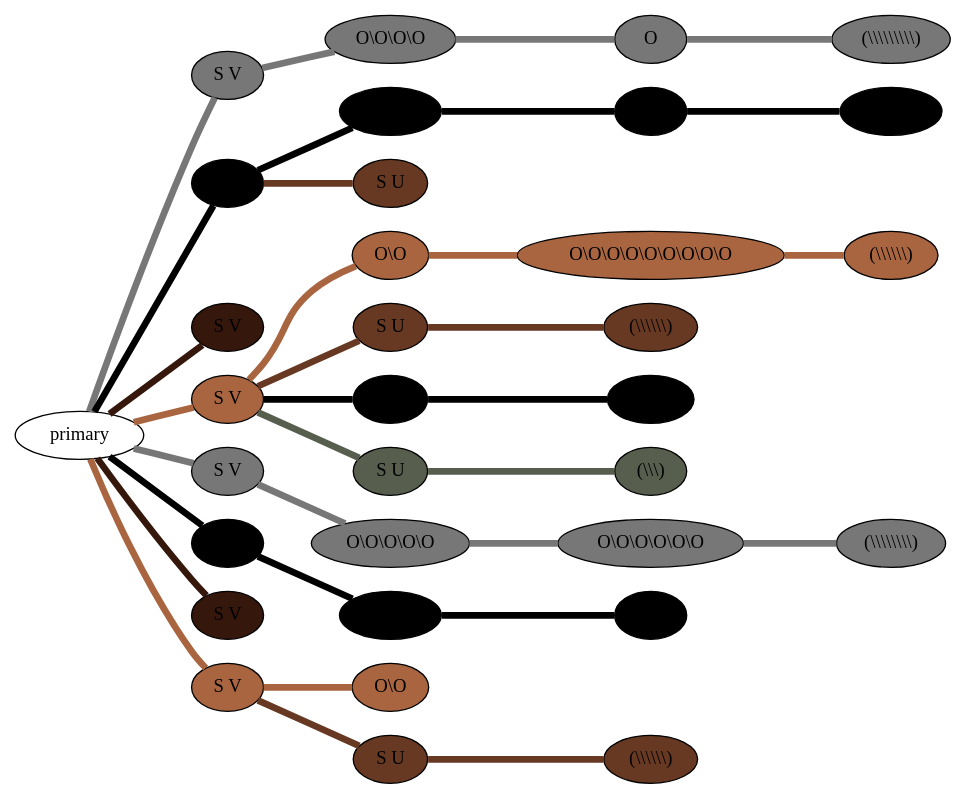
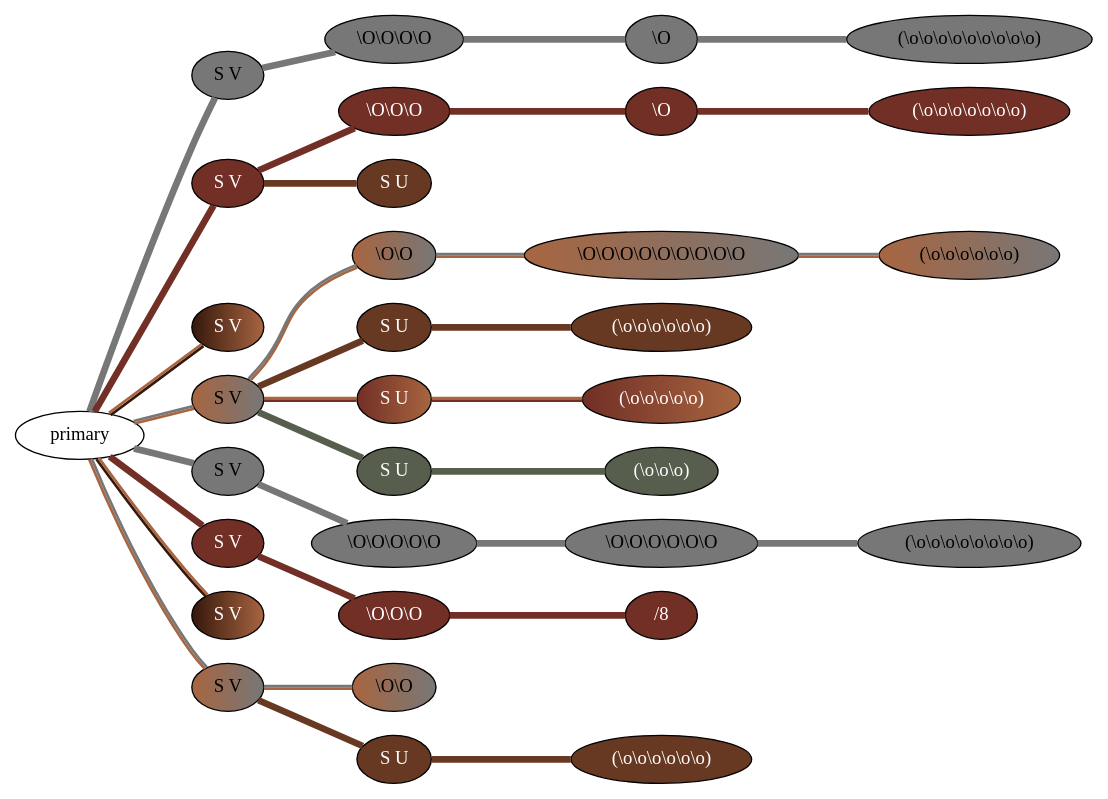
One commit to nebogeo/coding-with-knots changed the diagram in data/more/dot/HP006.xls.dot. Above: the diagram before and after it, drawn with Graphviz. The commit also changed 40 other files, not shown here.

```diff
--- a/data/more/dot/HP006.xls.dot
+++ b/data/more/dot/HP006.xls.dot
@@ -1,67 +1,67 @@
 graph {
  graph [rankdir=LR]
-"1" [qtype="pendant_node", pendant_colors="#777777", pendant_ply="S", pendant_attach="V", pendant_length="75", label="S V", style=filled, fillcolor="#777777"]
+"1" [qtype="pendant_node", pendant_colors="#777777", pendant_ply="S", pendant_attach="V", pendant_length="75.0", label="S V", style=filled, fillcolor="#777777", fontcolor="#000000"]
 "primary" -- "1" [qtype="pendant_link",penwidth=5,color="#777777"]
-"1:0" [qtype="knot_node", knot_value="4", knot_type="S", knot_position="15.0", knot_spin="Z", label="O\\O\\O\\O", style=filled, fillcolor="#777777"]
+"1:0" [qtype="knot_node", knot_value="4", knot_type="S", knot_position="15.0", knot_spin="Z", label="\\O\\O\\O\\O", style=filled, fillcolor="#777777" , fontcolor="#000000"]
 "1" -- "1:0" [qtype="knot_link",penwidth=5,color="#777777"]
-"1:1" [qtype="knot_node", knot_value="1", knot_type="S", knot_position="23.0", knot_spin="Z", label="O", style=filled, fillcolor="#777777"]
+"1:1" [qtype="knot_node", knot_value="1", knot_type="S", knot_position="23.0", knot_spin="Z", label="\\O", style=filled, fillcolor="#777777" , fontcolor="#000000"]
 "1:0" -- "1:1" [qtype="knot_link",penwidth=5,color="#777777"]
-"1:2" [qtype="knot_node", knot_value="9", knot_type="L", knot_position="31.0", knot_spin="Z", label="(\\\\\\\\\\\\\\\\\\)", style=filled, fillcolor="#777777"]
+"1:2" [qtype="knot_node", knot_value="9", knot_type="L", knot_position="31.0", knot_spin="Z", label="(\\o\\o\\o\\o\\o\\o\\o\\o\\o)", style=filled, fillcolor="#777777" , fontcolor="#000000"]
 "1:1" -- "1:2" [qtype="knot_link",penwidth=5,color="#777777"]
-"2" [qtype="pendant_node", pendant_colors="#000000", pendant_ply="S", pendant_attach="V", pendant_length="70", label="S V", style=filled, fillcolor="#000000"]
-"primary" -- "2" [qtype="pendant_link",penwidth=5,color="#000000"]
-"2:0" [qtype="knot_node", knot_value="3", knot_type="S", knot_position="14.0", knot_spin="Z", label="O\\O\\O", style=filled, fillcolor="#000000"]
-"2" -- "2:0" [qtype="knot_link",penwidth=5,color="#000000"]
-"2:1" [qtype="knot_node", knot_value="1", knot_type="S", knot_position="22.0", knot_spin="Z", label="O", style=filled, fillcolor="#000000"]
-"2:0" -- "2:1" [qtype="knot_link",penwidth=5,color="#000000"]
-"2:2" [qtype="knot_node", knot_value="7", knot_type="L", knot_position="30.0", knot_spin="Z", label="(\\\\\\\\\\\\\\)", style=filled, fillcolor="#000000"]
-"2:1" -- "2:2" [qtype="knot_link",penwidth=5,color="#000000"]
-"2s1" [qtype="pendant_node", pendant_colors="#673923", pendant_ply="S", pendant_attach="U", pendant_length="3", label="S U", style=filled, fillcolor="#673923"]
+"2" [qtype="pendant_node", pendant_colors="#712F26", pendant_ply="S", pendant_attach="V", pendant_length="70.0", label="S V", style=filled, fillcolor="#712F26", fontcolor="#ffffff"]
+"primary" -- "2" [qtype="pendant_link",penwidth=5,color="#712F26"]
+"2:0" [qtype="knot_node", knot_value="3", knot_type="S", knot_position="14.0", knot_spin="Z", label="\\O\\O\\O", style=filled, fillcolor="#712F26" , fontcolor="#ffffff"]
+"2" -- "2:0" [qtype="knot_link",penwidth=5,color="#712F26"]
+"2:1" [qtype="knot_node", knot_value="1", knot_type="S", knot_position="22.0", knot_spin="Z", label="\\O", style=filled, fillcolor="#712F26" , fontcolor="#ffffff"]
+"2:0" -- "2:1" [qtype="knot_link",penwidth=5,color="#712F26"]
+"2:2" [qtype="knot_node", knot_value="7", knot_type="L", knot_position="30.0", knot_spin="Z", label="(\\o\\o\\o\\o\\o\\o\\o)", style=filled, fillcolor="#712F26" , fontcolor="#ffffff"]
+"2:1" -- "2:2" [qtype="knot_link",penwidth=5,color="#712F26"]
+"2s1" [qtype="pendant_node", pendant_colors="#673923", pendant_ply="S", pendant_attach="U", pendant_length="3.5", label="S U", style=filled, fillcolor="#673923", fontcolor="#ffffff"]
 "2" -- "2s1" [qtype="pendant_link",penwidth=5,color="#673923"]
-"3" [qtype="pendant_node", pendant_colors="#35170C,#A86540", pendant_ply="S", pendant_attach="V", pendant_length="1", label="S V", style=filled, fillcolor="#35170C"]
-"primary" -- "3" [qtype="pendant_link",penwidth=5,color="#35170C"]
-"4" [qtype="pendant_node", pendant_colors="#A86540,#777777", pendant_ply="S", pendant_attach="V", pendant_length="56", label="S V", style=filled, fillcolor="#A86540"]
-"primary" -- "4" [qtype="pendant_link",penwidth=5,color="#A86540"]
-"4:0" [qtype="knot_node", knot_value="2", knot_type="S", knot_position="14.0", knot_spin="Z", label="O\\O", style=filled, fillcolor="#A86540"]
-"4" -- "4:0" [qtype="knot_link",penwidth=5,color="#A86540"]
-"4:1" [qtype="knot_node", knot_value="9", knot_type="S", knot_position="23.5", knot_spin="Z", label="O\\O\\O\\O\\O\\O\\O\\O\\O", style=filled, fillcolor="#A86540"]
-"4:0" -- "4:1" [qtype="knot_link",penwidth=5,color="#A86540"]
-"4:2" [qtype="knot_node", knot_value="6", knot_type="L", knot_position="28.5", knot_spin="Z", label="(\\\\\\\\\\\\)", style=filled, fillcolor="#A86540"]
-"4:1" -- "4:2" [qtype="knot_link",penwidth=5,color="#A86540"]
-"4s1" [qtype="pendant_node", pendant_colors="#673923", pendant_ply="S", pendant_attach="U", pendant_length="60", label="S U", style=filled, fillcolor="#673923"]
+"3" [qtype="pendant_node", pendant_colors="#35170C:#A86540", pendant_ply="S", pendant_attach="V", pendant_length="1.5", label="S V", style=filled, fillcolor="#35170C:#A86540", fontcolor="#ffffff"]
+"primary" -- "3" [qtype="pendant_link",penwidth=2,color="#35170C:#A86540"]
+"4" [qtype="pendant_node", pendant_colors="#A86540:#777777", pendant_ply="S", pendant_attach="V", pendant_length="56.0", label="S V", style=filled, fillcolor="#A86540:#777777", fontcolor="#000000"]
+"primary" -- "4" [qtype="pendant_link",penwidth=2,color="#A86540:#777777"]
+"4:0" [qtype="knot_node", knot_value="2", knot_type="S", knot_position="14.0", knot_spin="Z", label="\\O\\O", style=filled, fillcolor="#A86540:#777777" , fontcolor="#000000"]
+"4" -- "4:0" [qtype="knot_link",penwidth=2,color="#A86540:#777777"]
+"4:1" [qtype="knot_node", knot_value="9", knot_type="S", knot_position="23.5", knot_spin="Z", label="\\O\\O\\O\\O\\O\\O\\O\\O\\O", style=filled, fillcolor="#A86540:#777777" , fontcolor="#000000"]
+"4:0" -- "4:1" [qtype="knot_link",penwidth=2,color="#A86540:#777777"]
+"4:2" [qtype="knot_node", knot_value="6", knot_type="L", knot_position="28.5", knot_spin="Z", label="(\\o\\o\\o\\o\\o\\o)", style=filled, fillcolor="#A86540:#777777" , fontcolor="#000000"]
+"4:1" -- "4:2" [qtype="knot_link",penwidth=2,color="#A86540:#777777"]
+"4s1" [qtype="pendant_node", pendant_colors="#673923", pendant_ply="S", pendant_attach="U", pendant_length="60.0", label="S U", style=filled, fillcolor="#673923", fontcolor="#ffffff"]
 "4" -- "4s1" [qtype="pendant_link",penwidth=5,color="#673923"]
-"4s1:0" [qtype="knot_node", knot_value="6", knot_type="L", knot_position="27.0", knot_spin="Z", label="(\\\\\\\\\\\\)", style=filled, fillcolor="#673923"]
+"4s1:0" [qtype="knot_node", knot_value="6", knot_type="L", knot_position="27.0", knot_spin="Z", label="(\\o\\o\\o\\o\\o\\o)", style=filled, fillcolor="#673923" , fontcolor="#ffffff"]
 "4s1" -- "4s1:0" [qtype="knot_link",penwidth=5,color="#673923"]
-"4s2" [qtype="pendant_node", pendant_colors="#000000,#A86540", pendant_ply="S", pendant_attach="U", pendant_length="75", label="S U", style=filled, fillcolor="#000000"]
-"4" -- "4s2" [qtype="pendant_link",penwidth=5,color="#000000"]
-"4s2:0" [qtype="knot_node", knot_value="5", knot_type="L", knot_position="28.5", knot_spin="Z", label="(\\\\\\\\\\)", style=filled, fillcolor="#000000"]
-"4s2" -- "4s2:0" [qtype="knot_link",penwidth=5,color="#000000"]
-"4s3" [qtype="pendant_node", pendant_colors="#575E4E", pendant_ply="S", pendant_attach="U", pendant_length="32", label="S U", style=filled, fillcolor="#575E4E"]
+"4s2" [qtype="pendant_node", pendant_colors="#712F26:#A86540", pendant_ply="S", pendant_attach="U", pendant_length="75.0", label="S U", style=filled, fillcolor="#712F26:#A86540", fontcolor="#ffffff"]
+"4" -- "4s2" [qtype="pendant_link",penwidth=2,color="#712F26:#A86540"]
+"4s2:0" [qtype="knot_node", knot_value="5", knot_type="L", knot_position="28.5", knot_spin="Z", label="(\\o\\o\\o\\o\\o)", style=filled, fillcolor="#712F26:#A86540" , fontcolor="#ffffff"]
+"4s2" -- "4s2:0" [qtype="knot_link",penwidth=2,color="#712F26:#A86540"]
+"4s3" [qtype="pendant_node", pendant_colors="#575E4E", pendant_ply="S", pendant_attach="U", pendant_length="32.0", label="S U", style=filled, fillcolor="#575E4E", fontcolor="#ffffff"]
 "4" -- "4s3" [qtype="pendant_link",penwidth=5,color="#575E4E"]
-"4s3:0" [qtype="knot_node", knot_value="3", knot_type="L", knot_position="26.5", knot_spin="Z", label="(\\\\\\)", style=filled, fillcolor="#575E4E"]
+"4s3:0" [qtype="knot_node", knot_value="3", knot_type="L", knot_position="26.5", knot_spin="Z", label="(\\o\\o\\o)", style=filled, fillcolor="#575E4E" , fontcolor="#ffffff"]
 "4s3" -- "4s3:0" [qtype="knot_link",penwidth=5,color="#575E4E"]
-"5" [qtype="pendant_node", pendant_colors="#777777", pendant_ply="S", pendant_attach="V", pendant_length="72", label="S V", style=filled, fillcolor="#777777"]
+"5" [qtype="pendant_node", pendant_colors="#777777", pendant_ply="S", pendant_attach="V", pendant_length="72.0", label="S V", style=filled, fillcolor="#777777", fontcolor="#000000"]
 "primary" -- "5" [qtype="pendant_link",penwidth=5,color="#777777"]
-"5:0" [qtype="knot_node", knot_value="5", knot_type="S", knot_position="15.0", knot_spin="Z", label="O\\O\\O\\O\\O", style=filled, fillcolor="#777777"]
+"5:0" [qtype="knot_node", knot_value="5", knot_type="S", knot_position="15.0", knot_spin="Z", label="\\O\\O\\O\\O\\O", style=filled, fillcolor="#777777" , fontcolor="#000000"]
 "5" -- "5:0" [qtype="knot_link",penwidth=5,color="#777777"]
-"5:1" [qtype="knot_node", knot_value="6", knot_type="S", knot_position="22.0", knot_spin="Z", label="O\\O\\O\\O\\O\\O", style=filled, fillcolor="#777777"]
+"5:1" [qtype="knot_node", knot_value="6", knot_type="S", knot_position="22.0", knot_spin="Z", label="\\O\\O\\O\\O\\O\\O", style=filled, fillcolor="#777777" , fontcolor="#000000"]
 "5:0" -- "5:1" [qtype="knot_link",penwidth=5,color="#777777"]
-"5:2" [qtype="knot_node", knot_value="8", knot_type="L", knot_position="30.0", knot_spin="Z", label="(\\\\\\\\\\\\\\\\)", style=filled, fillcolor="#777777"]
+"5:2" [qtype="knot_node", knot_value="8", knot_type="L", knot_position="30.0", knot_spin="Z", label="(\\o\\o\\o\\o\\o\\o\\o\\o)", style=filled, fillcolor="#777777" , fontcolor="#000000"]
 "5:1" -- "5:2" [qtype="knot_link",penwidth=5,color="#777777"]
-"6" [qtype="pendant_node", pendant_colors="#000000", pendant_ply="S", pendant_attach="V", pendant_length="69", label="S V", style=filled, fillcolor="#000000"]
-"primary" -- "6" [qtype="pendant_link",penwidth=5,color="#000000"]
-"6:0" [qtype="knot_node", knot_value="3", knot_type="S", knot_position="14.0", knot_spin="Z", label="O\\O\\O", style=filled, fillcolor="#000000"]
-"6" -- "6:0" [qtype="knot_link",penwidth=5,color="#000000"]
-"6:1" [qtype="knot_node", knot_value="1", knot_type="E", knot_position="30.0", knot_spin="S", label="/8", style=filled, fillcolor="#000000"]
-"6:0" -- "6:1" [qtype="knot_link",penwidth=5,color="#000000"]
-"7" [qtype="pendant_node", pendant_colors="#35170C,#A86540", pendant_ply="S", pendant_attach="V", pendant_length="0", label="S V", style=filled, fillcolor="#35170C"]
-"primary" -- "7" [qtype="pendant_link",penwidth=5,color="#35170C"]
-"8" [qtype="pendant_node", pendant_colors="#A86540,#777777", pendant_ply="S", pendant_attach="V", pendant_length="14", label="S V", style=filled, fillcolor="#A86540"]
-"primary" -- "8" [qtype="pendant_link",penwidth=5,color="#A86540"]
-"8:0" [qtype="knot_node", knot_value="2", knot_type="S", knot_position="14.0", knot_spin="Z", label="O\\O", style=filled, fillcolor="#A86540"]
-"8" -- "8:0" [qtype="knot_link",penwidth=5,color="#A86540"]
-"8s1" [qtype="pendant_node", pendant_colors="#673923", pendant_ply="S", pendant_attach="U", pendant_length="54", label="S U", style=filled, fillcolor="#673923"]
+"6" [qtype="pendant_node", pendant_colors="#712F26", pendant_ply="S", pendant_attach="V", pendant_length="69.0", label="S V", style=filled, fillcolor="#712F26", fontcolor="#ffffff"]
+"primary" -- "6" [qtype="pendant_link",penwidth=5,color="#712F26"]
+"6:0" [qtype="knot_node", knot_value="3", knot_type="S", knot_position="14.0", knot_spin="Z", label="\\O\\O\\O", style=filled, fillcolor="#712F26" , fontcolor="#ffffff"]
+"6" -- "6:0" [qtype="knot_link",penwidth=5,color="#712F26"]
+"6:1" [qtype="knot_node", knot_value="1", knot_type="E", knot_position="30.0", knot_spin="S", label="/8", style=filled, fillcolor="#712F26" , fontcolor="#ffffff"]
+"6:0" -- "6:1" [qtype="knot_link",penwidth=5,color="#712F26"]
+"7" [qtype="pendant_node", pendant_colors="#35170C:#A86540", pendant_ply="S", pendant_attach="V", pendant_length="0.5", label="S V", style=filled, fillcolor="#35170C:#A86540", fontcolor="#ffffff"]
+"primary" -- "7" [qtype="pendant_link",penwidth=2,color="#35170C:#A86540"]
+"8" [qtype="pendant_node", pendant_colors="#A86540:#777777", pendant_ply="S", pendant_attach="V", pendant_length="14.5", label="S V", style=filled, fillcolor="#A86540:#777777", fontcolor="#000000"]
+"primary" -- "8" [qtype="pendant_link",penwidth=2,color="#A86540:#777777"]
+"8:0" [qtype="knot_node", knot_value="2", knot_type="S", knot_position="14.0", knot_spin="Z", label="\\O\\O", style=filled, fillcolor="#A86540:#777777" , fontcolor="#000000"]
+"8" -- "8:0" [qtype="knot_link",penwidth=2,color="#A86540:#777777"]
+"8s1" [qtype="pendant_node", pendant_colors="#673923", pendant_ply="S", pendant_attach="U", pendant_length="54.0", label="S U", style=filled, fillcolor="#673923", fontcolor="#ffffff"]
 "8" -- "8s1" [qtype="pendant_link",penwidth=5,color="#673923"]
-"8s1:0" [qtype="knot_node", knot_value="6", knot_type="L", knot_position="28.0", knot_spin="Z", label="(\\\\\\\\\\\\)", style=filled, fillcolor="#673923"]
+"8s1:0" [qtype="knot_node", knot_value="6", knot_type="L", knot_position="28.0", knot_spin="Z", label="(\\o\\o\\o\\o\\o\\o)", style=filled, fillcolor="#673923" , fontcolor="#ffffff"]
 "8s1" -- "8s1:0" [qtype="knot_link",penwidth=5,color="#673923"]
 }
```
